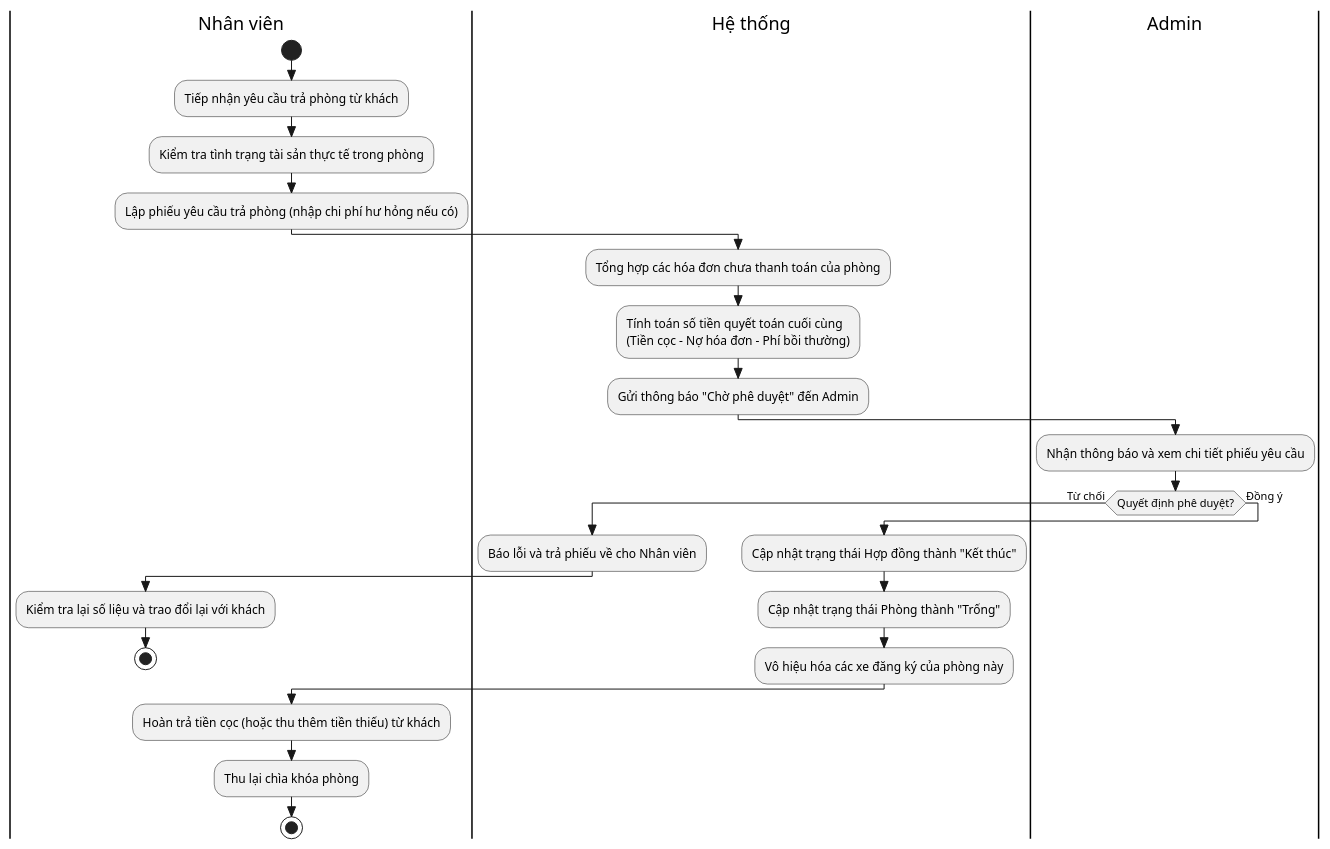
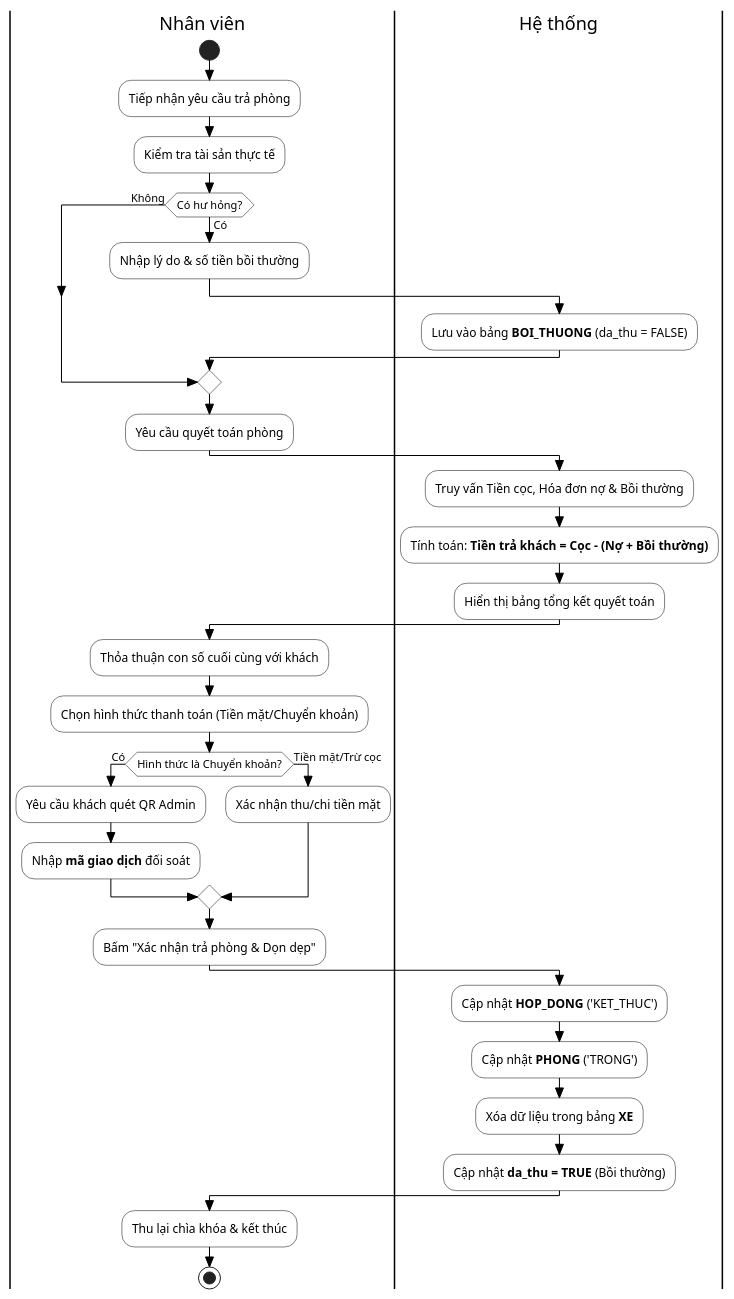
One commit to ongming/Boarding-House-Management-System changed the diagram in src/main/java/com/example/house/uml/activity/activity_checkout_approval.puml. Above: the diagram before and after it, drawn with PlantUML. The commit also changed 25 other files, not shown here.

Commit message:
Cập nhật UML chuẩn

```diff
--- a/src/main/java/com/example/house/uml/activity/activity_checkout_approval.puml
+++ b/src/main/java/com/example/house/uml/activity/activity_checkout_approval.puml
@@ -1,35 +1,52 @@
 @startuml
 skinparam style strictuml
+' Tinh chỉnh màu sắc cho chuyên nghiệp
+skinparam activity {
+  BackgroundColor White
+  BorderColor Black
+  ArrowColor Black
+}
 
 |Nhân viên|
 start
-:Tiếp nhận yêu cầu trả phòng từ khách;
-:Kiểm tra tình trạng tài sản thực tế trong phòng;
-:Lập phiếu yêu cầu trả phòng (nhập chi phí hư hỏng nếu có);
+:Tiếp nhận yêu cầu trả phòng;
+:Kiểm tra tài sản thực tế;
 
-|Hệ thống|
-:Tổng hợp các hóa đơn chưa thanh toán của phòng;
-:Tính toán số tiền quyết toán cuối cùng
-(Tiền cọc - Nợ hóa đơn - Phí bồi thường);
-:Gửi thông báo "Chờ phê duyệt" đến Admin;
-
-|Admin|
-:Nhận thông báo và xem chi tiết phiếu yêu cầu;
-if (Quyết định phê duyệt?) then (Từ chối)
+if (Có hư hỏng?) then (Có)
+    :Nhập lý do & số tiền bồi thường;
     |Hệ thống|
-    :Báo lỗi và trả phiếu về cho Nhân viên;
-    |Nhân viên|
-    :Kiểm tra lại số liệu và trao đổi lại với khách;
-    stop
-else (Đồng ý)
-    |Hệ thống|
-    :Cập nhật trạng thái Hợp đồng thành "Kết thúc";
-    :Cập nhật trạng thái Phòng thành "Trống";
-    :Vô hiệu hóa các xe đăng ký của phòng này;
+    :Lưu vào bảng **BOI_THUONG** (da_thu = FALSE);
+else (Không)
 endif
 
 |Nhân viên|
-:Hoàn trả tiền cọc (hoặc thu thêm tiền thiếu) từ khách;
-:Thu lại chìa khóa phòng;
+:Yêu cầu quyết toán phòng;
+
+|Hệ thống|
+:Truy vấn Tiền cọc, Hóa đơn nợ & Bồi thường;
+:Tính toán: **Tiền trả khách = Cọc - (Nợ + Bồi thường)**;
+:Hiển thị bảng tổng kết quyết toán;
+
+|Nhân viên|
+:Thỏa thuận con số cuối cùng với khách;
+:Chọn hình thức thanh toán (Tiền mặt/Chuyển khoản);
+
+if (Hình thức là Chuyển khoản?) then (Có)
+    :Yêu cầu khách quét QR Admin;
+    :Nhập **mã giao dịch** đối soát;
+else (Tiền mặt/Trừ cọc)
+    :Xác nhận thu/chi tiền mặt;
+endif
+
+:Bấm "Xác nhận trả phòng & Dọn dẹp";
+
+|Hệ thống|
+:Cập nhật **HOP_DONG** ('KET_THUC');
+:Cập nhật **PHONG** ('TRONG');
+:Xóa dữ liệu trong bảng **XE**;
+:Cập nhật **da_thu = TRUE** (Bồi thường);
+
+|Nhân viên|
+:Thu lại chìa khóa & kết thúc;
 stop
 @enduml
```
